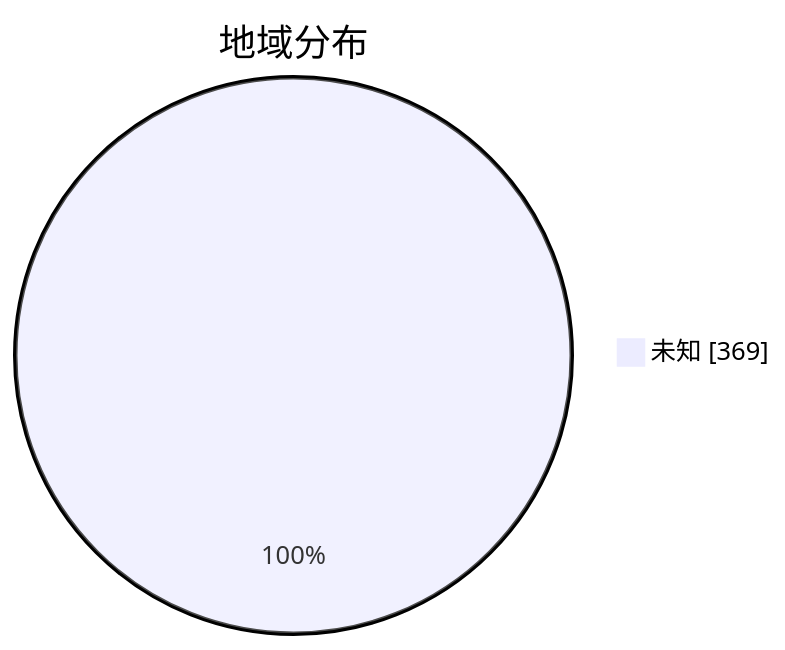
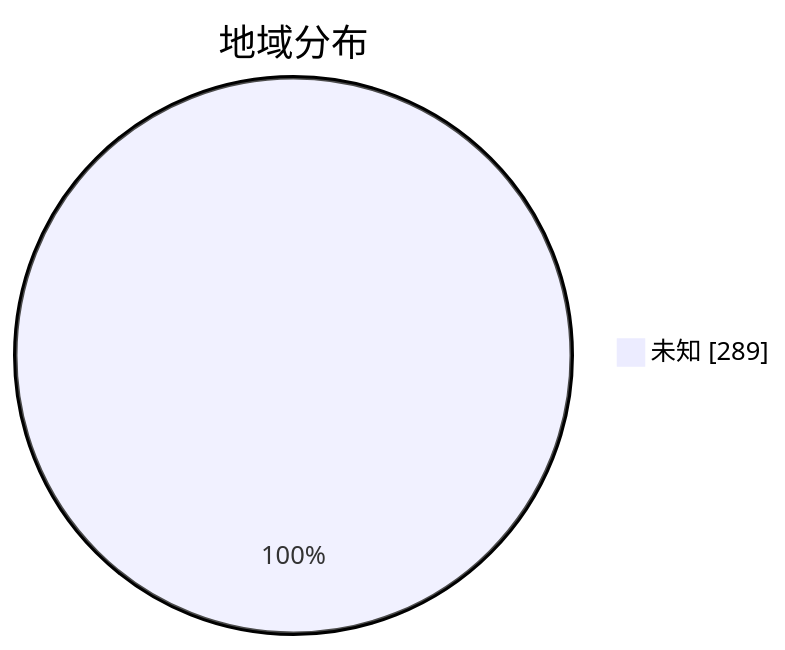
One commit to qjlxg/airport changed the second of 3 diagrams in subs/statistics/tested_within.md. Above: the diagram before and after it, drawn with Mermaid. The commit also changed other lines of this file and 2 other files, not shown here.

````diff
--- a/subs/statistics/tested_within.md
+++ b/subs/statistics/tested_within.md
@@ -14,5 +13,5 @@
 ```mermaid
 pie showData
 title 地域分布
-"未知" : 369
+"未知" : 289
 ```
````
